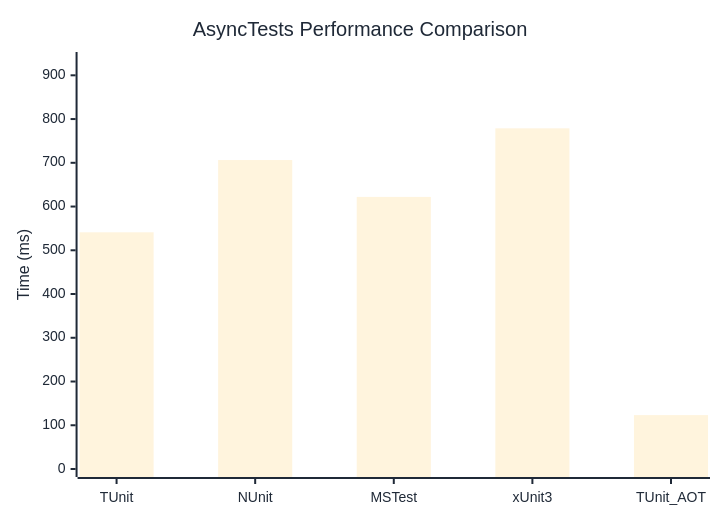
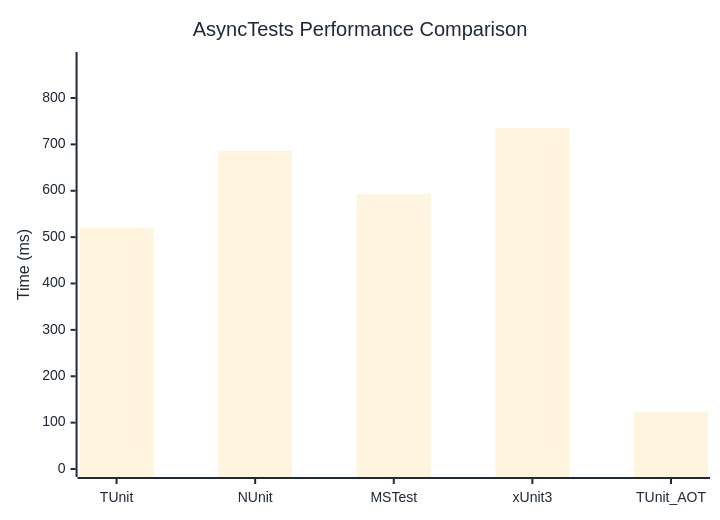
Before and after one commit to thomhurst/TUnit: the diagram in docs/docs/benchmarks/AsyncTests.md, drawn with Mermaid. The commit also changed other lines of this file and 17 other files, not shown here.

````diff
--- a/docs/docs/benchmarks/AsyncTests.md
+++ b/docs/docs/benchmarks/AsyncTests.md
@@ -27,37 +27,37 @@
 ```mermaid
 %%{init: {
   'theme':'base',
   'themeVariables': {
     'primaryColor': '#2563eb',
     'primaryTextColor': '#1f2937',
     'primaryBorderColor': '#1e40af',
     'lineColor': '#6b7280',
     'secondaryColor': '#7c3aed',
     'tertiaryColor': '#dc2626',
     'background': '#ffffff',
     'mainBkg': '#2563eb',
     'secondBkg': '#7c3aed',
     'tertiaryBkg': '#dc2626',
     'clusterBkg': '#f3f4f6',
     'edgeLabelBackground': '#ffffff',
     'tertiaryTextColor': '#1f2937',
     'pie1': '#2563eb',
     'pie2': '#7c3aed',
     'pie3': '#dc2626',
     'pie4': '#f59e0b',
     'pie5': '#10b981',
     'pie6': '#06b6d4',
     'pie7': '#ec4899',
     'pie8': '#6366f1',
     'pie9': '#84cc16',
     'pie10': '#f97316',
     'pie11': '#14b8a6',
     'pie12': '#a855f7'
   }
 }}%%
 xychart-beta
   title "AsyncTests Performance Comparison"
   x-axis ["TUnit", "NUnit", "MSTest", "xUnit3", "TUnit_AOT"]
-  y-axis "Time (ms)" 0 --> 935
-  bar [541.1, 706.3, 622, 778.8, 123.2]
+  y-axis "Time (ms)" 0 --> 882
+  bar [519.9, 686.2, 592.8, 734.5, 123.6]
 ```
````
